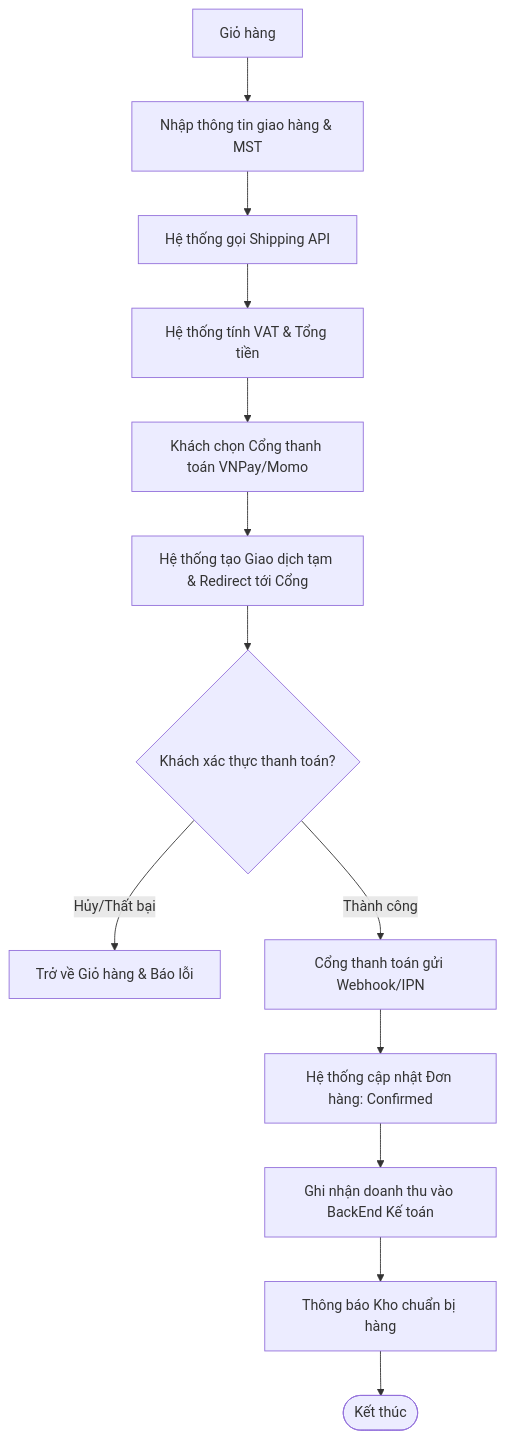
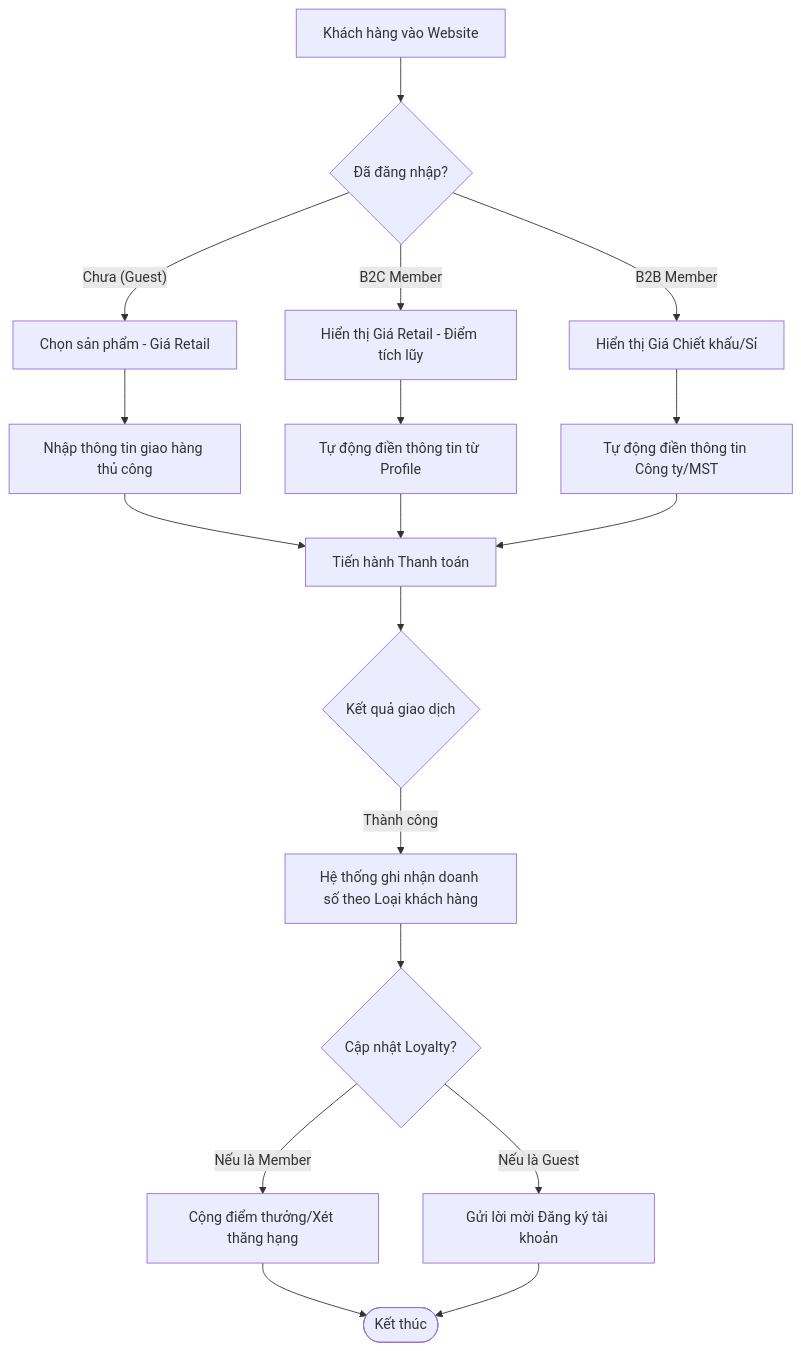
One commit to thanhbn75/KoichiLens changed the second of 2 diagrams in CRM.md. Above: the diagram before and after it, drawn with Mermaid. The commit also changed other lines of this file, not shown here.

````diff
--- a/CRM.md
+++ b/CRM.md
@@ -39,19 +40,23 @@
 ```mermaid
 flowchart TD
-    A[Giỏ hàng] --> B[Nhập thông tin giao hàng & MST]
-    B --> C[Hệ thống gọi Shipping API]
-    C --> D[Hệ thống tính VAT & Tổng tiền]
-    D --> E[Khách chọn Cổng thanh toán VNPay/Momo]
+    A[Khách hàng vào Website] --> B{Đã đăng nhập?}
     
-    E --> F[Hệ thống tạo Giao dịch tạm & Redirect tới Cổng]
-    F --> G{Khách xác thực thanh toán?}
+    B -- "Chưa (Guest)" --> C[Chọn sản phẩm - Giá Retail]
+    C --> D[Nhập thông tin giao hàng thủ công]
     
-    G -- "Hủy/Thất bại" --> H[Trở về Giỏ hàng & Báo lỗi]
-    G -- "Thành công" --> I[Cổng thanh toán gửi Webhook/IPN]
+    B -- "B2C Member" --> E[Hiển thị Giá Retail - Điểm tích lũy]
+    E --> F[Tự động điền thông tin từ Profile]
     
-    I --> J[Hệ thống cập nhật Đơn hàng: Confirmed]
-    J --> K[Ghi nhận doanh thu vào BackEnd Kế toán]
-    K --> L[Thông báo Kho chuẩn bị hàng]
+    B -- "B2B Member" --> G[Hiển thị Giá Chiết khấu/Sỉ]
+    G --> H[Tự động điền thông tin Công ty/MST]
     
-    L --> M([Kết thúc])
+    D & F & H --> I[Tiến hành Thanh toán]
+    I --> J{Kết quả giao dịch}
+    
+    J -- "Thành công" --> K[Hệ thống ghi nhận doanh số theo Loại khách hàng]
+    K --> L{Cập nhật Loyalty?}
+    L -- "Nếu là Member" --> M[Cộng điểm thưởng/Xét thăng hạng]
+    L -- "Nếu là Guest" --> N[Gửi lời mời Đăng ký tài khoản]
+    
+    M & N --> O([Kết thúc])
 ```
````
